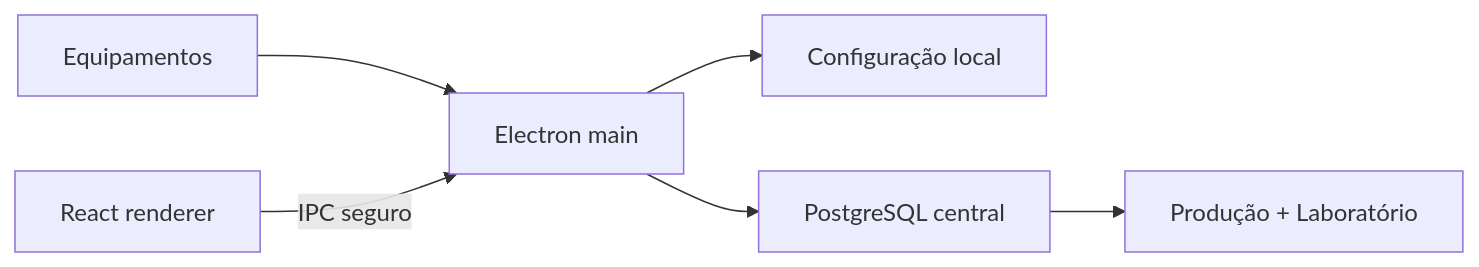
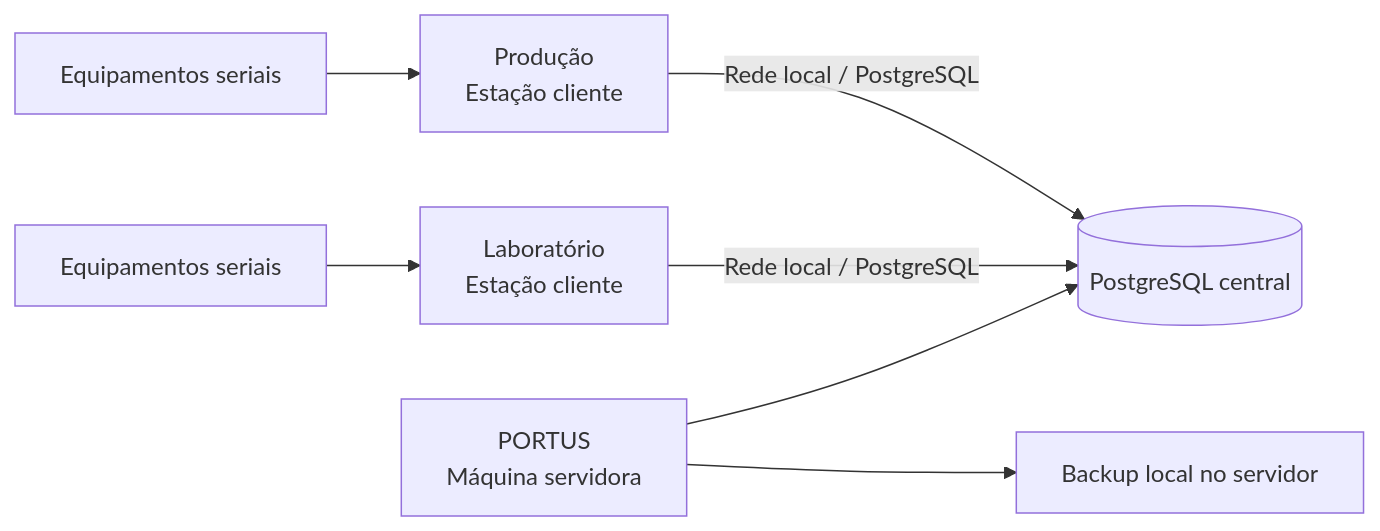
Before and after one commit to lenixeduardo/portus: the diagram in README.md, drawn with Mermaid. The commit also changed other lines of this file, not shown here.

Commit message:
docs: refresh PORTUS README for centralized industrial workflow and current Windows setup

````diff
--- a/README.md
+++ b/README.md
@@ -24,8 +28,9 @@
 ```mermaid
 flowchart LR
-  E["Equipamentos"] --> M["Electron main"]
-  M --> L["Configuração local"]
-  M --> P["PostgreSQL central"]
-  R["React renderer"] -->|"IPC seguro"| M
-  P --> F["Produção + Laboratório"]
+    P["Produção<br/>Estação cliente"] -->|Rede local / PostgreSQL| DB[("PostgreSQL central")]
+    L["Laboratório<br/>Estação cliente"] -->|Rede local / PostgreSQL| DB
+    S["PORTUS<br/>Máquina servidora"] --> DB
+    EP["Equipamentos seriais"] --> P
+    EL["Equipamentos seriais"] --> L
+    S --> B["Backup local no servidor"]
 ```
````
